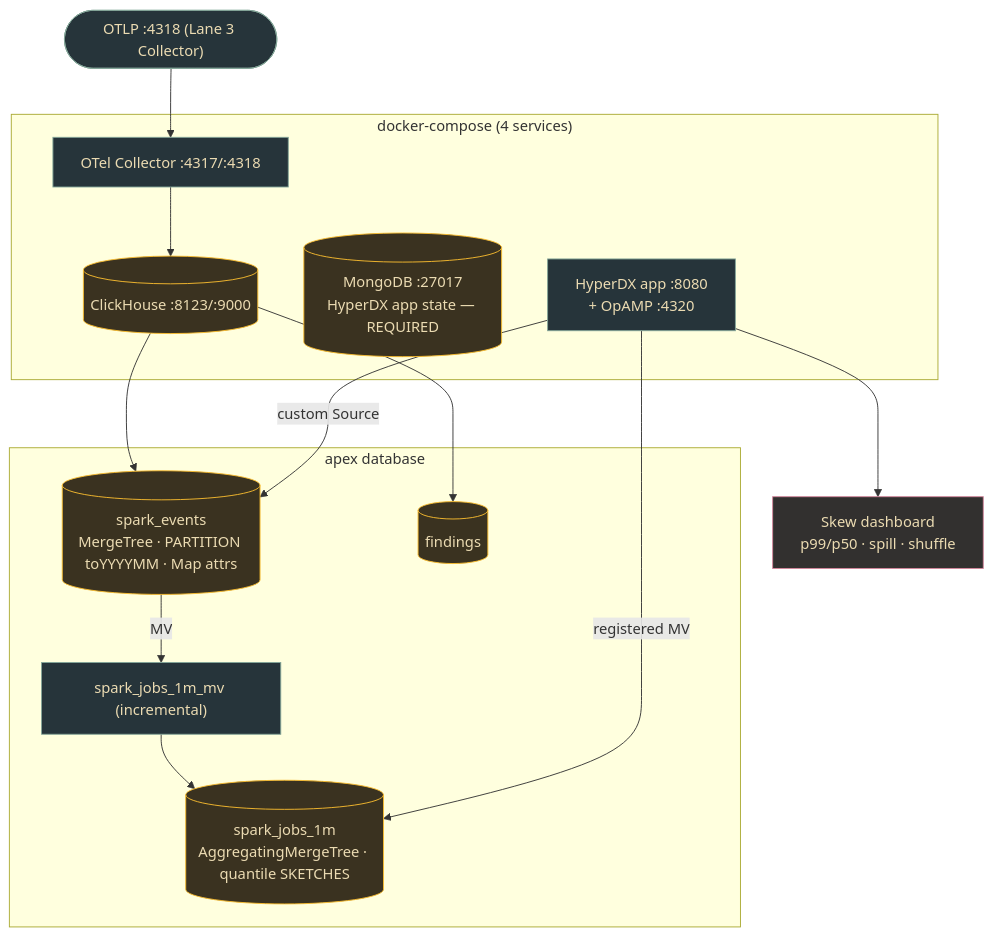
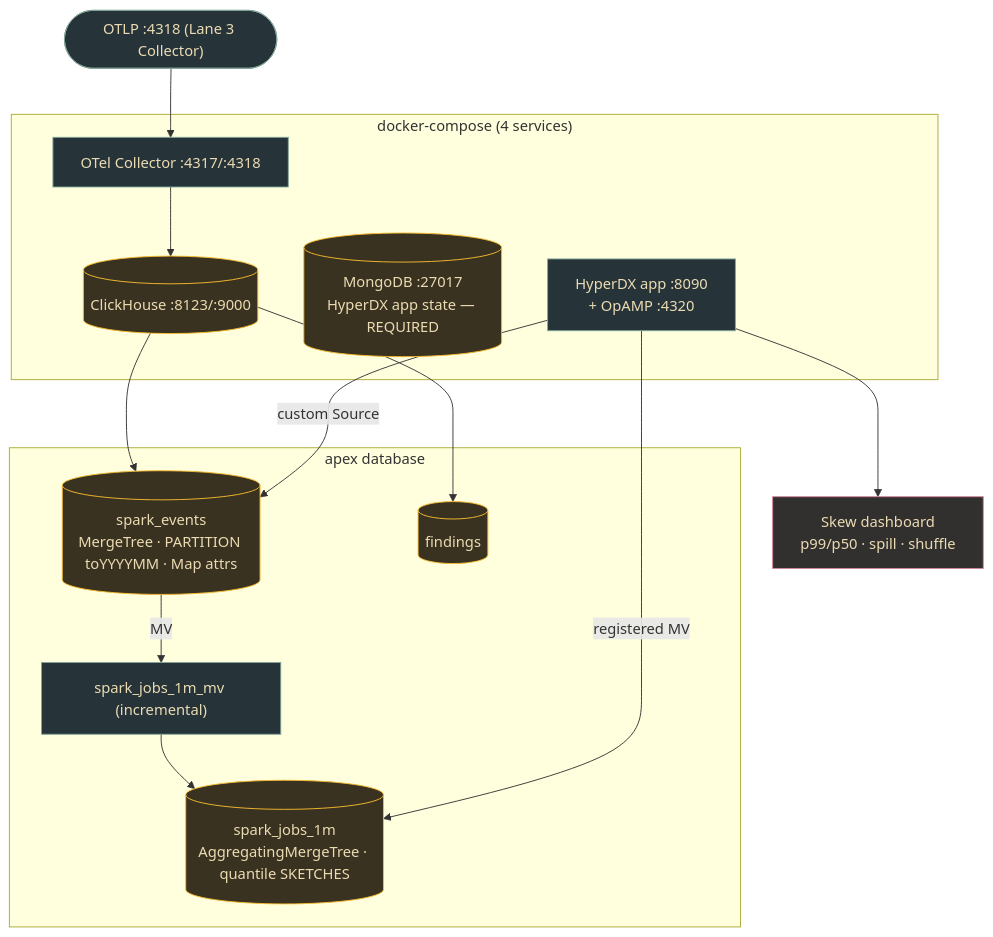
One commit to luanmorenommaciel/apex changed the diagram in docs/lanes/INFRA.md. Above: the diagram before and after it, drawn with Mermaid. The commit also changed other lines of this file and 8 other files, not shown here.

````diff
--- a/docs/lanes/INFRA.md
+++ b/docs/lanes/INFRA.md
@@ -14,27 +14,27 @@
 ```mermaid
 flowchart TD
     OTLP(["OTLP :4318 (Lane 3 Collector)"]):::ext
     subgraph STACK["docker-compose (4 services)"]
       CH[("ClickHouse :8123/:9000")]:::amber
       MON[("MongoDB :27017<br/>HyperDX app state — REQUIRED")]:::amber
-      APP["HyperDX app :8080<br/>+ OpAMP :4320"]:::store
+      APP["HyperDX app :8090<br/>+ OpAMP :4320"]:::store
       COL["OTel Collector :4317/:4318"]:::store
     end
     subgraph DB["apex database"]
       SE[("spark_events<br/>MergeTree · PARTITION toYYYYMM · Map attrs")]:::amber
       FN[("findings")]:::amber
       RU[("spark_jobs_1m<br/>AggregatingMergeTree · quantile SKETCHES")]:::amber
       MV["spark_jobs_1m_mv (incremental)"]:::store
     end
     OTLP --> COL --> CH
     CH --> SE & FN
     SE -->|MV| MV --> RU
     APP -->|custom Source| SE
     APP -->|registered MV| RU
     APP --> DASH["Skew dashboard<br/>p99/p50 · spill · shuffle"]:::u
 
     classDef ext fill:#26343a,stroke:#83a598,color:#ebdbb2;
     classDef store fill:#26343a,stroke:#83a598,color:#ebdbb2;
     classDef amber fill:#3a3220,stroke:#fabd2f,color:#ebdbb2;
     classDef u fill:#32302f,stroke:#d3869b,color:#ebdbb2;
 ```
````
